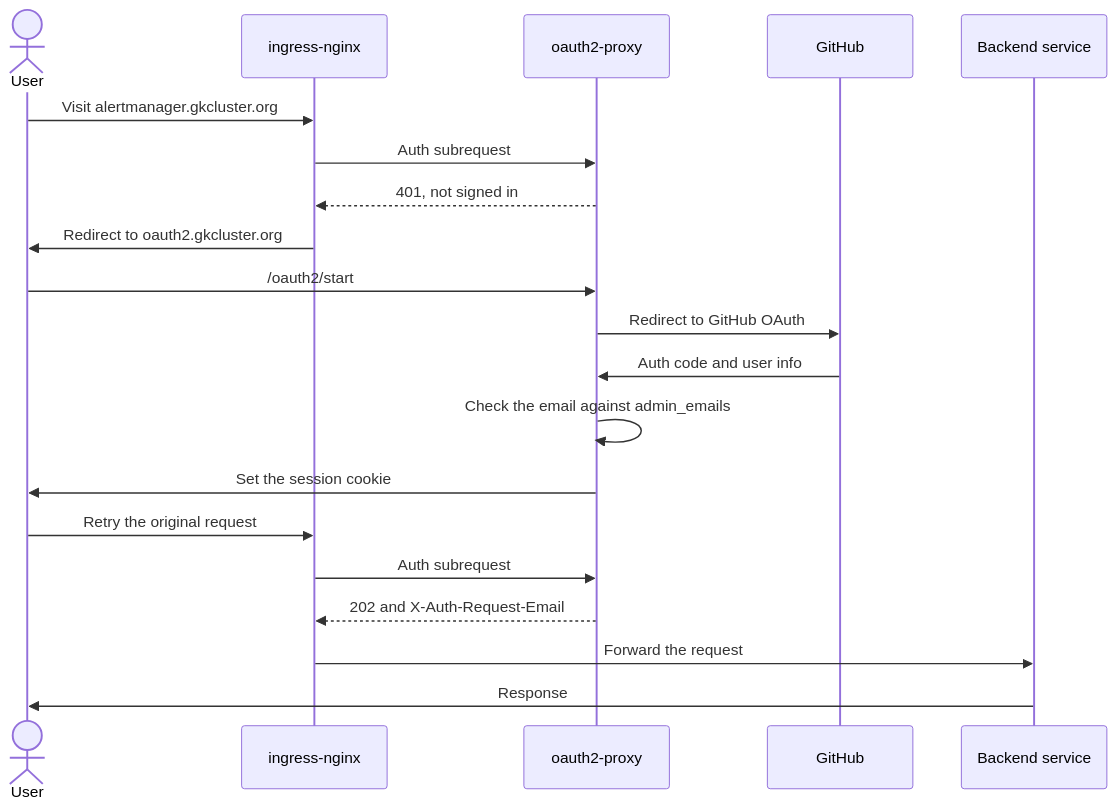
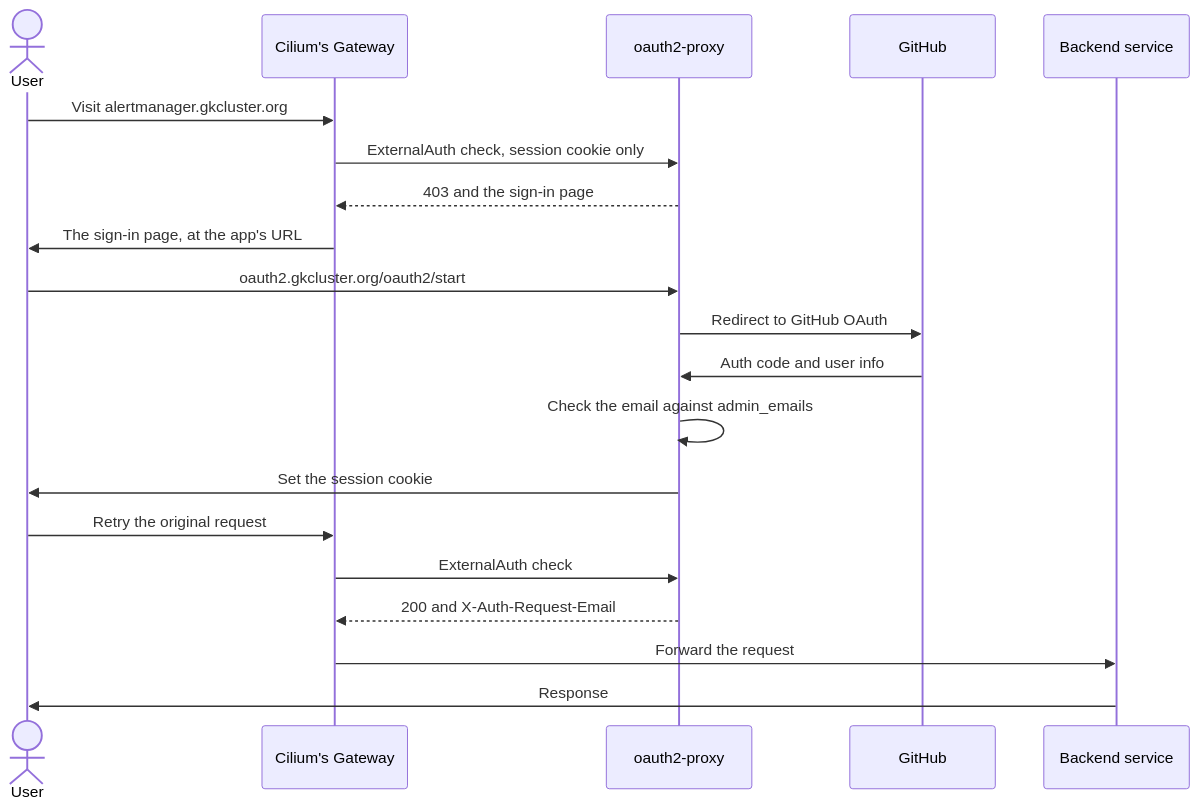
One commit to gilesknap/tpi-k3s-ansible changed the fifth of 6 diagrams in docs/explanations/architecture/authentication.md. Above: the diagram before and after it, drawn with Mermaid. The commit also changed other lines of this file and 19 other files, not shown here.

First line of the commit message:
Point every Cloudflare tunnel route at Cilium's Gateway

````diff
--- a/docs/explanations/architecture/authentication.md
+++ b/docs/explanations/architecture/authentication.md
@@ -198,23 +199,23 @@
 ```mermaid
 sequenceDiagram
     actor User
-    participant NGINX as ingress-nginx
+    participant GW as Cilium's Gateway
     participant OAP as oauth2-proxy
     participant GitHub
     participant Svc as Backend service
 
-    User->>NGINX: Visit alertmanager.gkcluster.org
-    NGINX->>OAP: Auth subrequest
-    OAP-->>NGINX: 401, not signed in
-    NGINX->>User: Redirect to oauth2.gkcluster.org
-    User->>OAP: /oauth2/start
+    User->>GW: Visit alertmanager.gkcluster.org
+    GW->>OAP: ExternalAuth check, session cookie only
+    OAP-->>GW: 403 and the sign-in page
+    GW->>User: The sign-in page, at the app's URL
+    User->>OAP: oauth2.gkcluster.org/oauth2/start
     OAP->>GitHub: Redirect to GitHub OAuth
     GitHub->>OAP: Auth code and user info
     OAP->>OAP: Check the email against admin_emails
     OAP->>User: Set the session cookie
-    User->>NGINX: Retry the original request
-    NGINX->>OAP: Auth subrequest
-    OAP-->>NGINX: 202 and X-Auth-Request-Email
-    NGINX->>Svc: Forward the request
+    User->>GW: Retry the original request
+    GW->>OAP: ExternalAuth check
+    OAP-->>GW: 200 and X-Auth-Request-Email
+    GW->>Svc: Forward the request
     Svc->>User: Response
 ```
````
